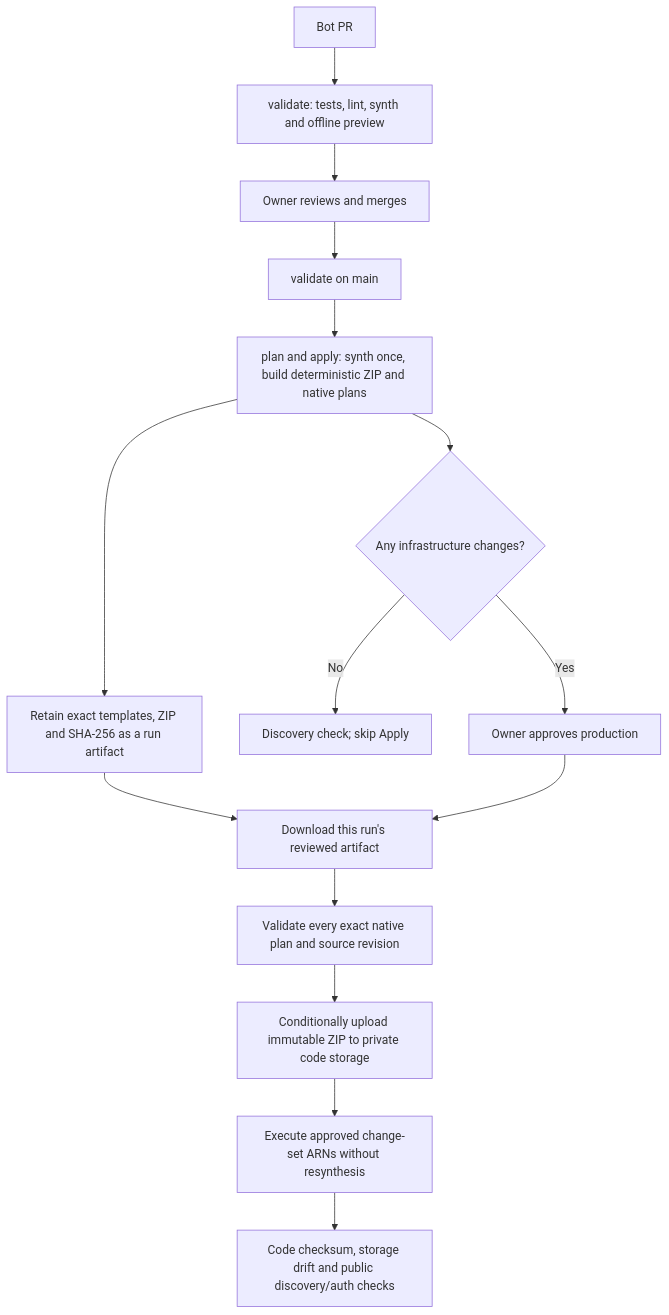
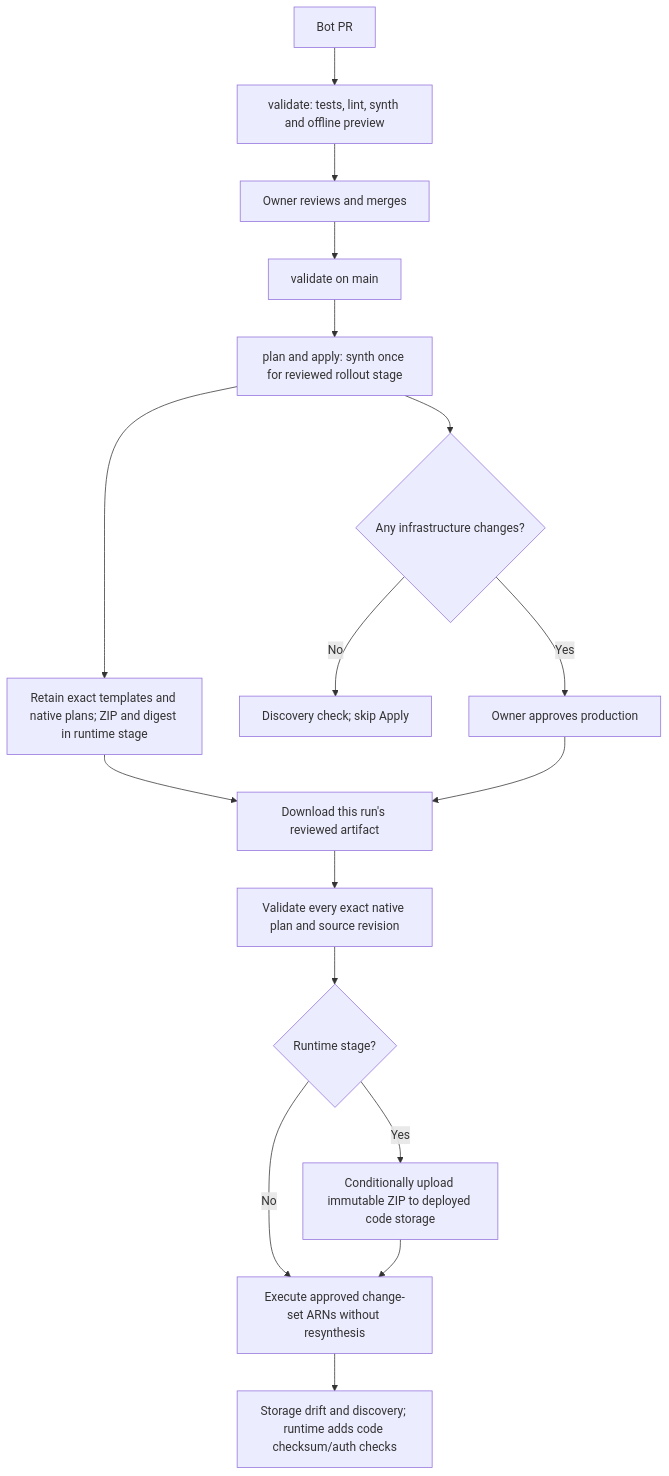
Before and after one commit to yepengfan/obsidian-workflow-infra: the second of 2 diagrams in README.md, drawn with Mermaid. The commit also changed other lines of this file and 11 other files, not shown here.

````diff
--- a/README.md
+++ b/README.md
@@ -53,17 +57,19 @@
 ```mermaid
 flowchart TD
     PR["Bot PR"] --> Verify["validate: tests, lint, synth and offline preview"]
     Verify --> Review["Owner reviews and merges"]
     Review --> Main["validate on main"]
-    Main --> Plan["plan and apply: synth once, build deterministic ZIP and native plans"]
-    Plan --> Artifact["Retain exact templates, ZIP and SHA-256 as a run artifact"]
+    Main --> Plan["plan and apply: synth once for reviewed rollout stage"]
+    Plan --> Artifact["Retain exact templates and native plans; ZIP and digest in runtime stage"]
     Plan --> Changed{"Any infrastructure changes?"}
     Changed -->|No| Unchanged["Discovery check; skip Apply"]
     Changed -->|Yes| Approval["Owner approves production"]
     Artifact --> Download["Download this run's reviewed artifact"]
     Approval --> Download
     Download --> Guard["Validate every exact native plan and source revision"]
-    Guard --> Upload["Conditionally upload immutable ZIP to private code storage"]
-    Upload --> Apply["Execute approved change-set ARNs without resynthesis"]
-    Apply --> Check["Code checksum, storage drift and public discovery/auth checks"]
+    Guard --> Runtime{"Runtime stage?"}
+    Runtime -->|Yes| Upload["Conditionally upload immutable ZIP to deployed code storage"]
+    Runtime -->|No| Apply["Execute approved change-set ARNs without resynthesis"]
+    Upload --> Apply
+    Apply --> Check["Storage drift and discovery; runtime adds code checksum/auth checks"]
 ```
````
